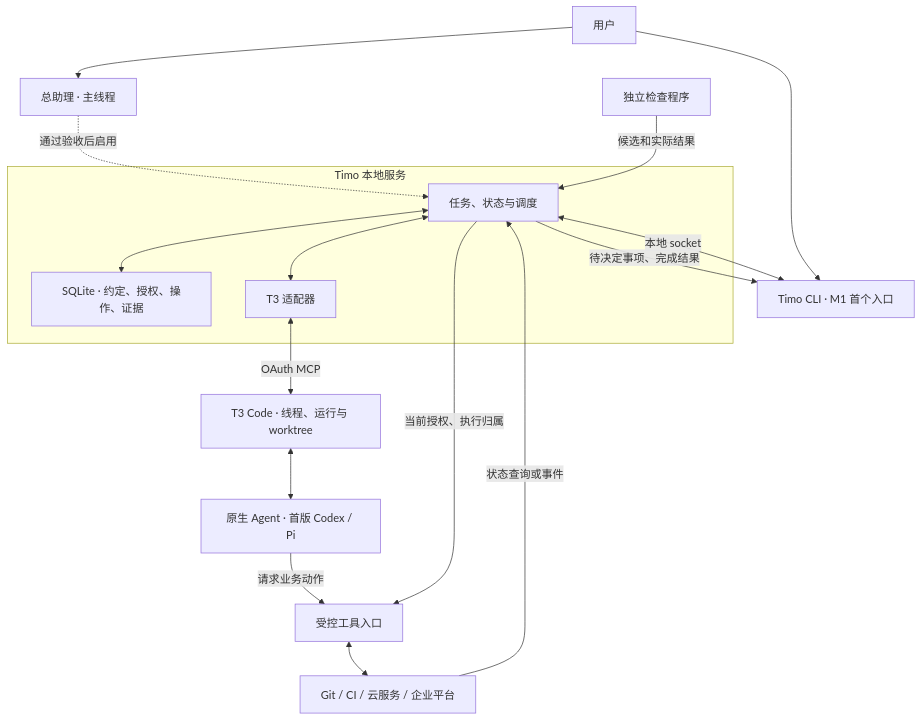
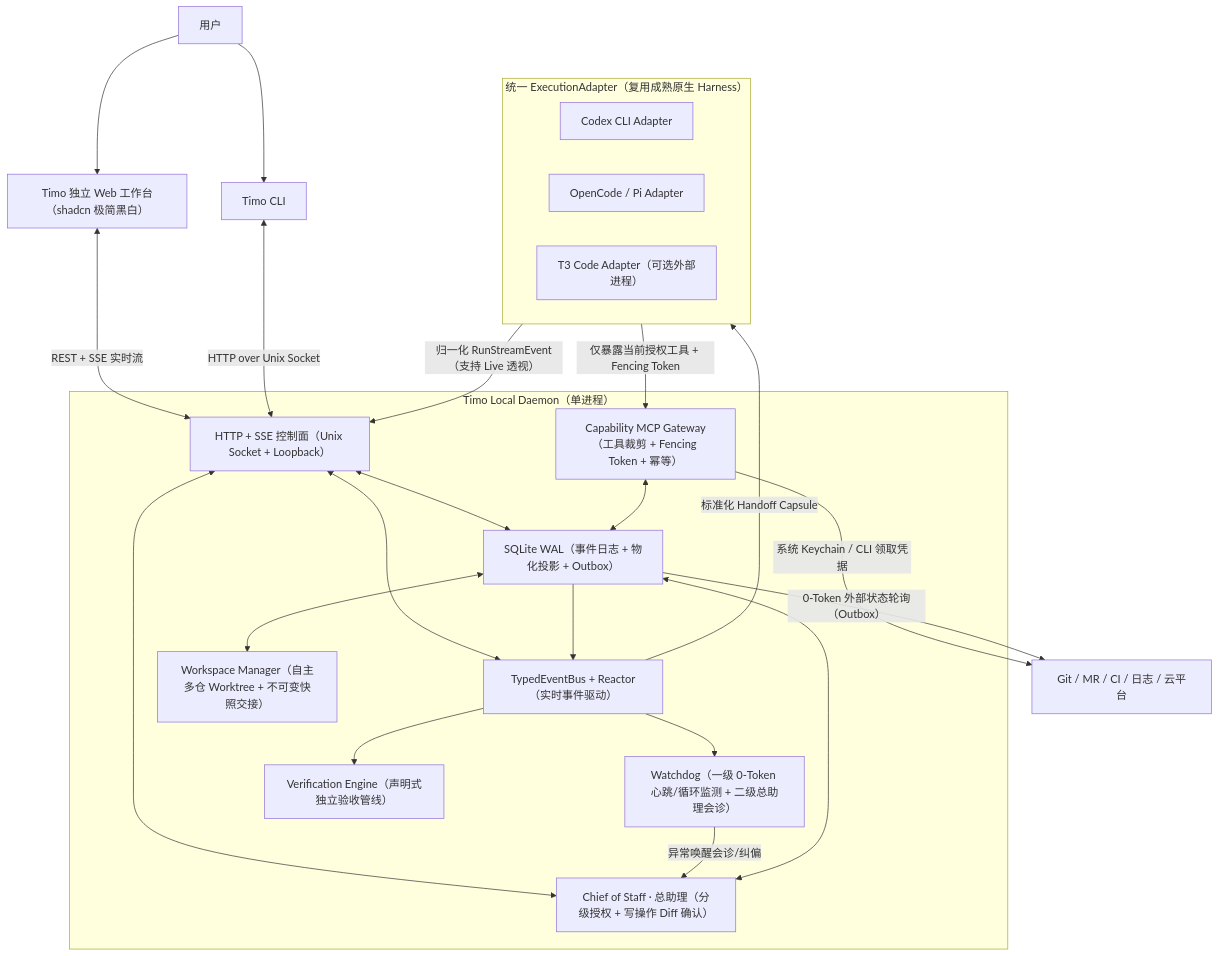
Before and after one commit to chiga0/timo: the diagram in docs/architecture.md, drawn with Mermaid. The commit also changed other lines of this file and 9 other files, not shown here.

````diff
--- a/docs/architecture.md
+++ b/docs/architecture.md
@@ -7,22 +12,42 @@
 ```mermaid
 flowchart TD
-    U["用户"] --> A["总助理 · 主线程"]
-    U --> C["Timo CLI · M1 首个入口"]
-    subgraph Timo["Timo 本地服务"]
-        T["任务、状态与调度"]
-        S["SQLite · 约定、授权、操作、证据"]
-        K["T3 适配器"]
-        T <--> S
-        T <--> K
+    U["用户"] --> WEB["Timo 独立 Web 工作台（shadcn 极简黑白）"]
+    U --> CLI["Timo CLI"]
+
+    subgraph Daemon["Timo Local Daemon（单进程）"]
+        API["HTTP + SSE 控制面（Unix Socket + Loopback）"]
+        COS["Chief of Staff · 总助理（分级授权 + 写操作 Diff 确认）"]
+        BUS["TypedEventBus + Reactor（实时事件驱动）"]
+        LEDGER["SQLite WAL（事件日志 + 物化投影 + Outbox）"]
+        WD["Watchdog（一级 0-Token 心跳/循环监测 + 二级总助理会诊）"]
+        WS["Workspace Manager（自主多仓 Worktree + 不可变快照交接）"]
+        GW["Capability MCP Gateway（工具裁剪 + Fencing Token + 幂等）"]
+        VER["Verification Engine（声明式独立验收管线）"]
+
+        API <--> LEDGER
+        API <--> BUS
+        API <--> COS
+        COS <--> LEDGER
+        LEDGER --> BUS
+        BUS --> WD
+        BUS --> VER
+        WD -->|"异常唤醒会诊/纠偏"| COS
+        LEDGER <--> WS
+        GW <--> LEDGER
     end
-    A -.->|"通过验收后启用"| T
-    C <-->|"本地 socket"| T
-    K <-->|"OAuth MCP"| R["T3 Code · 线程、运行与 worktree"]
-    R <--> W["原生 Agent · 首版 Codex / Pi"]
-    W -->|"请求业务动作"| X["受控工具入口"]
-    T -->|"当前授权、执行归属"| X
-    X <--> P["Git / CI / 云服务 / 企业平台"]
-    V["独立检查程序"] -->|"候选和实际结果"| T
-    P -->|"状态查询或事件"| T
-    T -->|"待决定事项、完成结果"| C
+
+    WEB <-->|"REST + SSE 实时流"| API
+    CLI <-->|"HTTP over Unix Socket"| API
+
+    subgraph Runners["统一 ExecutionAdapter（复用成熟原生 Harness）"]
+        R1["Codex CLI Adapter"]
+        R2["OpenCode / Pi Adapter"]
+        R3["T3 Code Adapter（可选外部进程）"]
+    end
+
+    BUS -->|"标准化 Handoff Capsule"| Runners
+    Runners -->|"归一化 RunStreamEvent（支持 Live 透视）"| API
+    Runners -->|"仅暴露当前授权工具 + Fencing Token"| GW
+    GW -->|"系统 Keychain / CLI 领取凭据"| EXT["Git / MR / CI / 日志 / 云平台"]
+    LEDGER -->|"0-Token 外部状态轮询（Outbox）"| EXT
 ```
````
